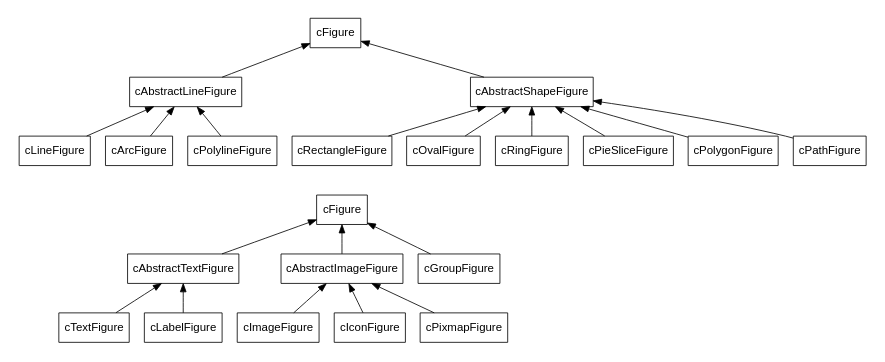
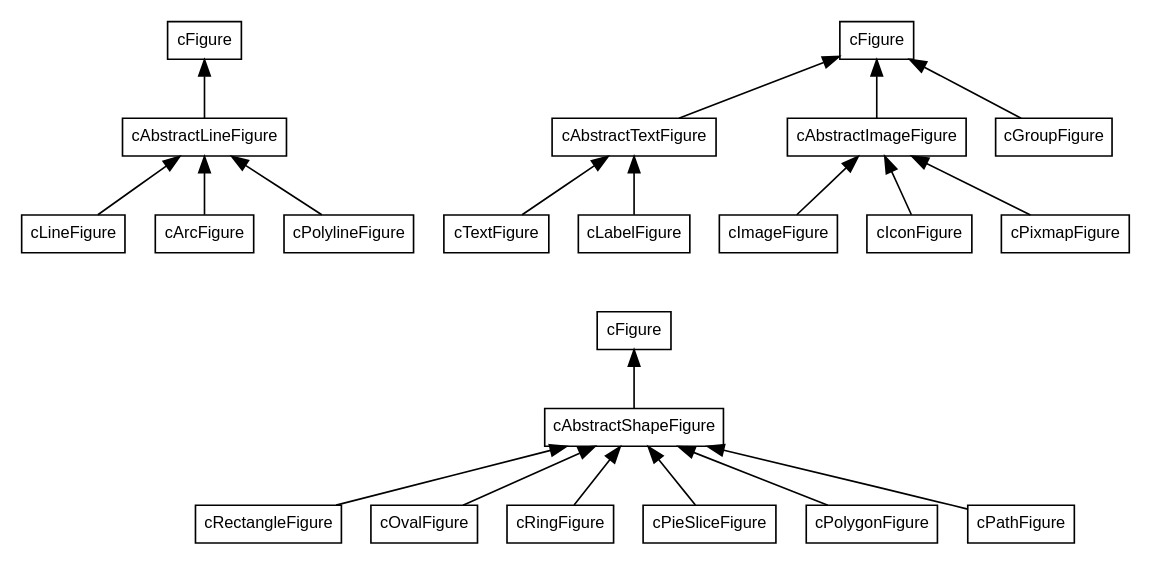
The diagram in doc/src/manual/figures/figure-inheritance.dot (omnetpp/omnetpp), drawn with Graphviz before and after one commit. The commit also changed 8 other files, not shown here.

First line of the commit message:
usman: Fine tuned graphviz figure sizes.

```diff
--- a/doc/src/manual/figures/figure-inheritance.dot
+++ b/doc/src/manual/figures/figure-inheritance.dot
@@ -1,36 +1,40 @@
 digraph g {
-    fontsize=12; size="6,5";
-    node [fontname="Arial"];
+    size="7.8,0!";
+    node [fontname="Arial"; fontsize=10];
     edge [fontname="Arial"];
 
-    node [shape = "rectangle"];
+    node [shape = "rectangle"; margin=0.09; width=0; height=0];
     edge [dir = "back"];
 
     subgraph a {
         cFigure -> cAbstractLineFigure;
         cAbstractLineFigure -> cLineFigure;
         cAbstractLineFigure -> cArcFigure;
         cAbstractLineFigure -> cPolylineFigure;
-        cFigure -> cAbstractShapeFigure;
-        cAbstractShapeFigure -> cRectangleFigure;
-        cAbstractShapeFigure -> cOvalFigure;
-        cAbstractShapeFigure -> cRingFigure;
-        cAbstractShapeFigure -> cPieSliceFigure;
-        cAbstractShapeFigure -> cPolygonFigure;
-        cAbstractShapeFigure -> cPathFigure;
     }
 
     subgraph b {
-        cFigure2 [label = cFigure]
+        cFigure2 [label = cFigure];
         cFigure2 -> cAbstractTextFigure;
         cAbstractTextFigure -> cTextFigure;
         cAbstractTextFigure -> cLabelFigure;
         cFigure2 -> cAbstractImageFigure;
         cAbstractImageFigure -> cImageFigure;
         cAbstractImageFigure -> cIconFigure;  /* cheating: it really subclasses cImageFigure */
         cAbstractImageFigure -> cPixmapFigure;
         cFigure2 -> cGroupFigure;
     }
 
-    cRectangleFigure -> cFigure2 [style=invis]; /* hack to place the 2nd subgraph below the first */
+    subgraph c {
+        cFigure3 [label = cFigure];
+        cFigure3 -> cAbstractShapeFigure;
+        cAbstractShapeFigure -> cRectangleFigure;
+        cAbstractShapeFigure -> cOvalFigure;
+        cAbstractShapeFigure -> cRingFigure;
+        cAbstractShapeFigure -> cPieSliceFigure;
+        cAbstractShapeFigure -> cPolygonFigure;
+        cAbstractShapeFigure -> cPathFigure;
+    }
+
+    cLabelFigure -> cFigure3 [style=invis]; /* hack to place the 3rd subgraph below the first */
 }
```
